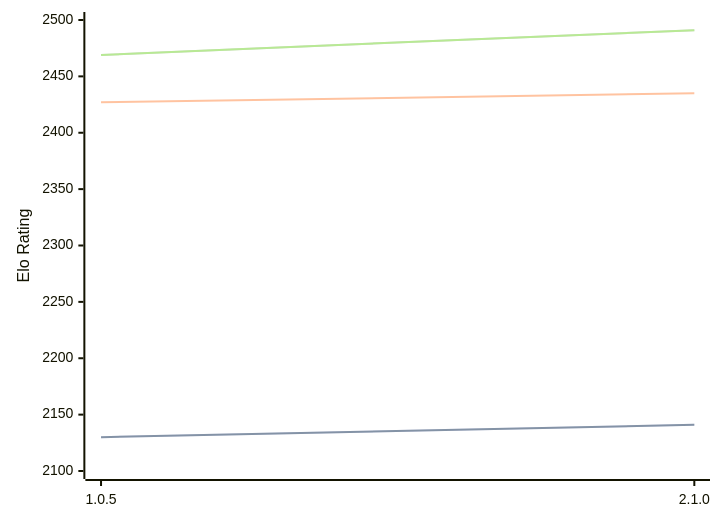
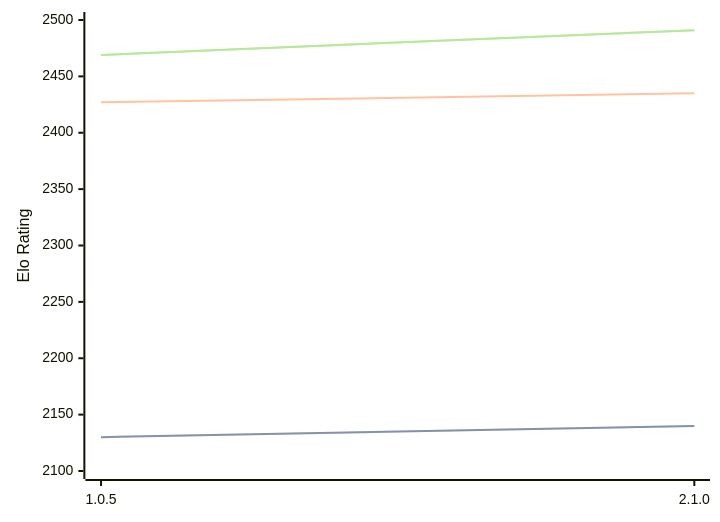
One commit to computer-chess-index/cci changed the diagram in engines/Ruffian.md. Above: the diagram before and after it, drawn with Mermaid. The commit also changed other lines of this file, not shown here.

````diff
--- a/engines/Ruffian.md
+++ b/engines/Ruffian.md
@@ -32,11 +32,11 @@
 ```mermaid
 %%{init: {"theme":"base","themeVariables":{"seriesColors:['#a3a3a3','#222221','#faa371']}}}%%
 xychart-beta
   x-axis ["1.0.5", "2.1.0"]
   y-axis "Elo Rating" 2100 --> 2500
-  line "STC (8.0+0.08s)" [2130, 2141]
-  line "STC (8.0+0.08s)" [2130, 2141]
+  line "STC (8.0+0.08s)" [2130, 2140]
+  line "STC (8.0+0.08s)" [2130, 2140]
   line "LTC (60.0+0.60s)" [2427, 2435]
   line "VLTC (2m24s+1.12s)" [2469, 2491]
   line "VLTC (2m24s+1.12s)" [2469, 2491]
 ```
````
